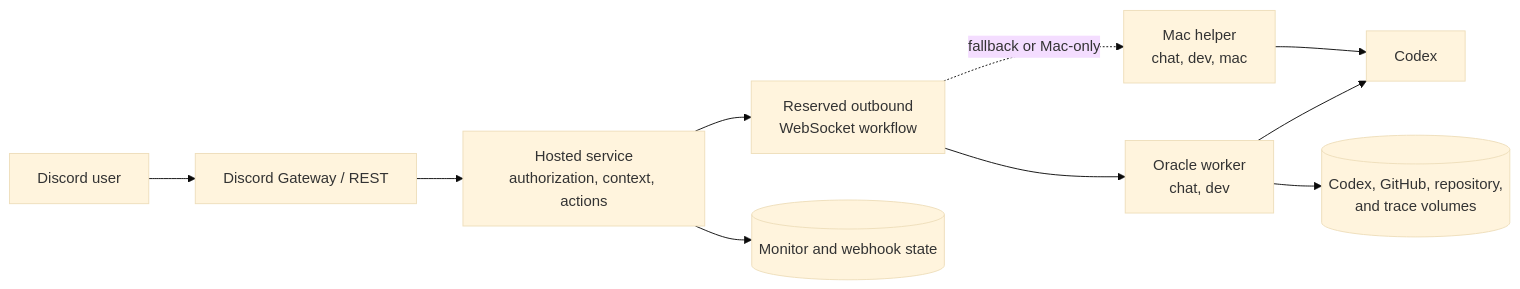
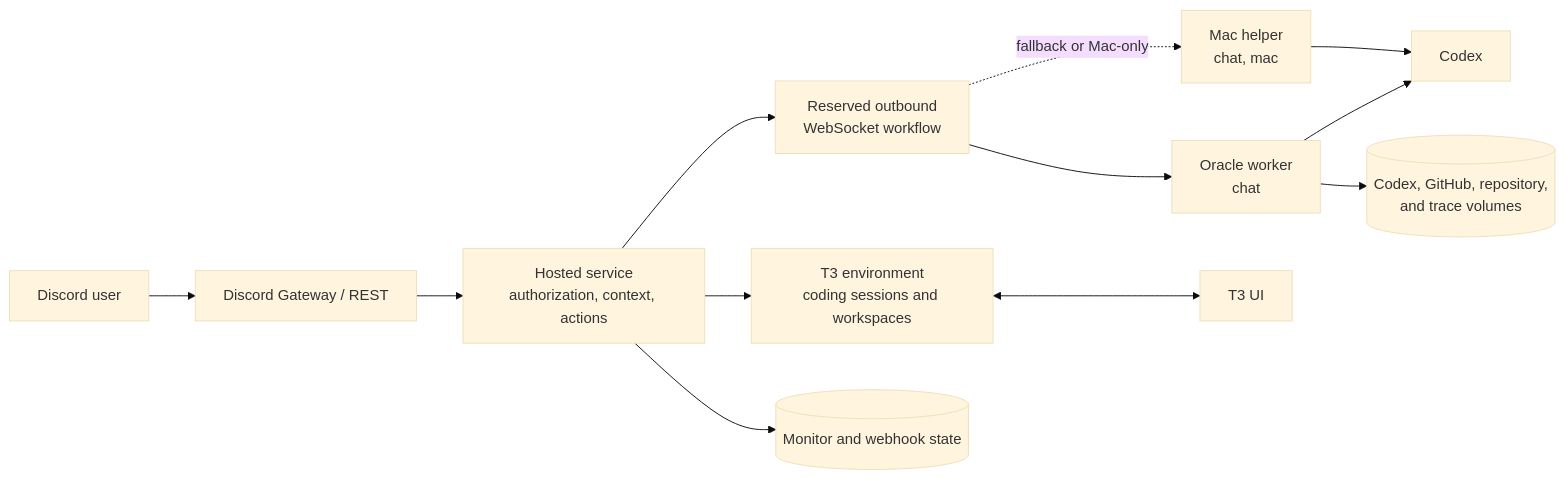
The diagram in docs/architecture.md (sago-cream/mini-sago), drawn with Mermaid (base theme) before and after one commit. The commit also changed other lines of this file and 45 other files, not shown here.

Commit message:
feat(coding): run Discord sessions through T3

````diff
--- a/docs/architecture.md
+++ b/docs/architecture.md
@@ -9,12 +10,14 @@
 ```mermaid
 flowchart LR
     U["Discord user"] --> D["Discord Gateway / REST"]
     D --> H["Hosted service<br/>authorization, context, actions"]
     H --> W["Reserved outbound<br/>WebSocket workflow"]
-    W --> O["Oracle worker<br/>chat, dev"]
-    W -. "fallback or Mac-only" .-> M["Mac helper<br/>chat, dev, mac"]
+    W --> O["Oracle worker<br/>chat"]
+    W -. "fallback or Mac-only" .-> M["Mac helper<br/>chat, mac"]
     O --> C["Codex"]
     M --> C
+    H --> T["T3 environment<br/>coding sessions and workspaces"]
+    T <--> UI["T3 UI"]
     H --> S[("Monitor and webhook state")]
     O --> V[("Codex, GitHub, repository,<br/>and trace volumes")]
 ```
````
